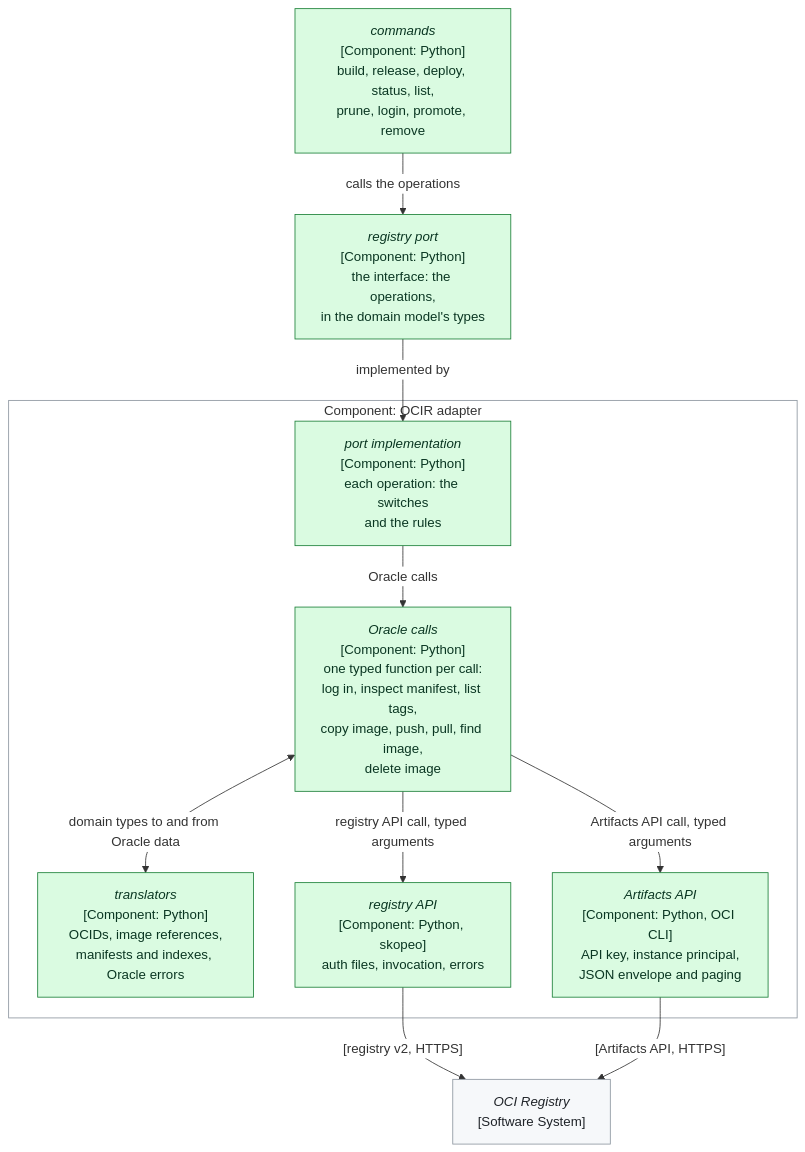
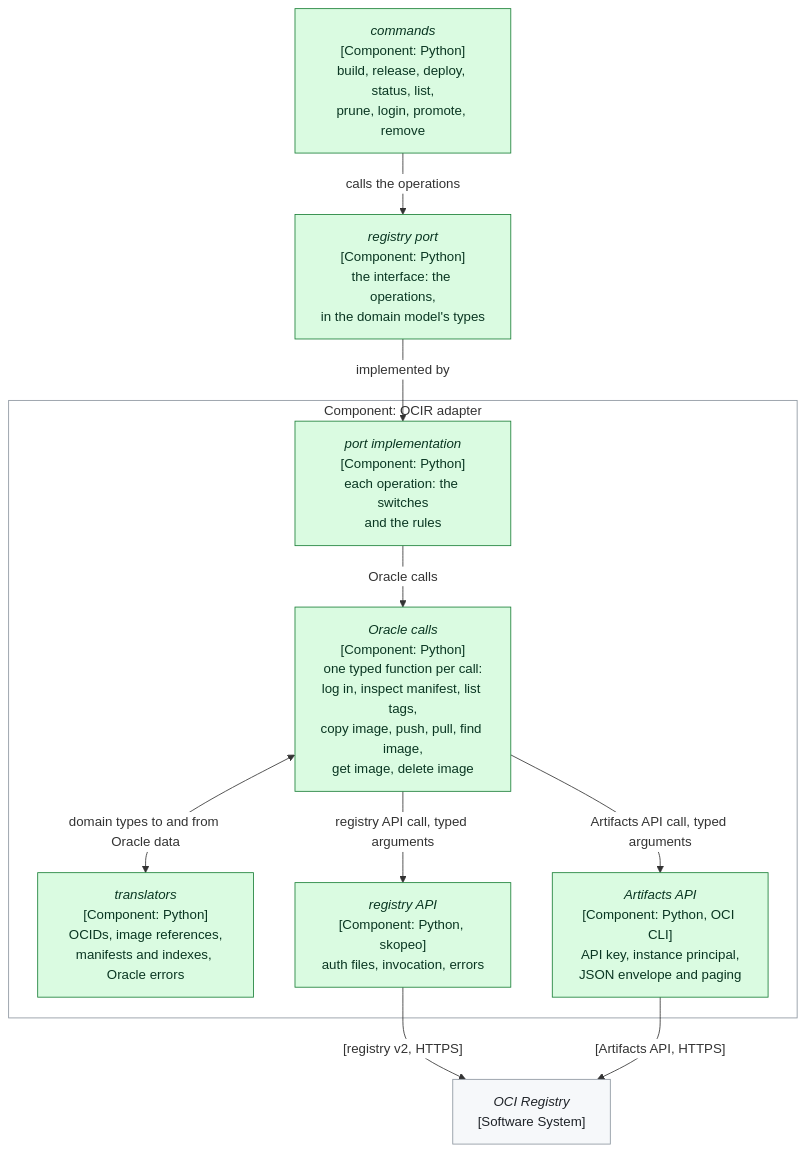
Before and after one commit to delphside/programme: the sixth of 10 diagrams in records/2.5-changes/programme-tooling/117-generic-deliver-tool/design.md, drawn with Mermaid. The commit also changed other lines of this file and 13 other files, not shown here.

````diff
--- a/records/2.5-changes/programme-tooling/117-generic-deliver-tool/design.md
+++ b/records/2.5-changes/programme-tooling/117-generic-deliver-tool/design.md
@@ -667,27 +686,27 @@
 ```mermaid
 %%{init: {"themeVariables": {"clusterBkg": "#ffffff", "clusterBorder": "#8c959f", "edgeLabelBackground": "#ffffff"}}}%%
 flowchart TB
   CMD["<i>commands</i><br>[Component: Python]<br>build, release, deploy, status, list,<br>prune, login, promote, remove"]
   PORT["<i>registry port</i><br>[Component: Python]<br>the interface: the operations,<br>in the domain model's types"]
   subgraph OCIRA["Component: OCIR adapter"]
     TOP["<i>port implementation</i><br>[Component: Python]<br>each operation: the switches<br>and the rules"]
-    MID["<i>Oracle calls</i><br>[Component: Python]<br>one typed function per call:<br>log in, inspect manifest, list tags,<br>copy image, push, pull, find image,<br>delete image"]
+    MID["<i>Oracle calls</i><br>[Component: Python]<br>one typed function per call:<br>log in, inspect manifest, list tags,<br>copy image, push, pull, find image,<br>get image, delete image"]
     TRN["<i>translators</i><br>[Component: Python]<br>OCIDs, image references,<br>manifests and indexes, Oracle errors"]
     RAPI["<i>registry API</i><br>[Component: Python, skopeo]<br>auth files, invocation, errors"]
     AAPI["<i>Artifacts API</i><br>[Component: Python, OCI CLI]<br>API key, instance principal,<br>JSON envelope and paging"]
   end
   REG["<i>OCI Registry</i><br>[Software System]"]
   CMD -->|"calls the operations"| PORT
   PORT -->|"implemented by"| TOP
   TOP -->|"Oracle calls"| MID
   MID <-->|"domain types to and from Oracle data"| TRN
   MID -->|"registry API call, typed arguments"| RAPI
   MID -->|"Artifacts API call, typed arguments"| AAPI
   RAPI -->|"[registry v2, HTTPS]"| REG
   AAPI -->|"[Artifacts API, HTTPS]"| REG
   classDef unchanged    fill:#f6f8fa,stroke:#8c959f,color:#1f2328
   classDef new          fill:#dafbe1,stroke:#1a7f37,color:#0a3622
   classDef changed      fill:#fff8c5,stroke:#9a6700,color:#4d2d00
   class CMD,PORT,TOP,MID,TRN,RAPI,AAPI new
   class REG unchanged
 ```
````
